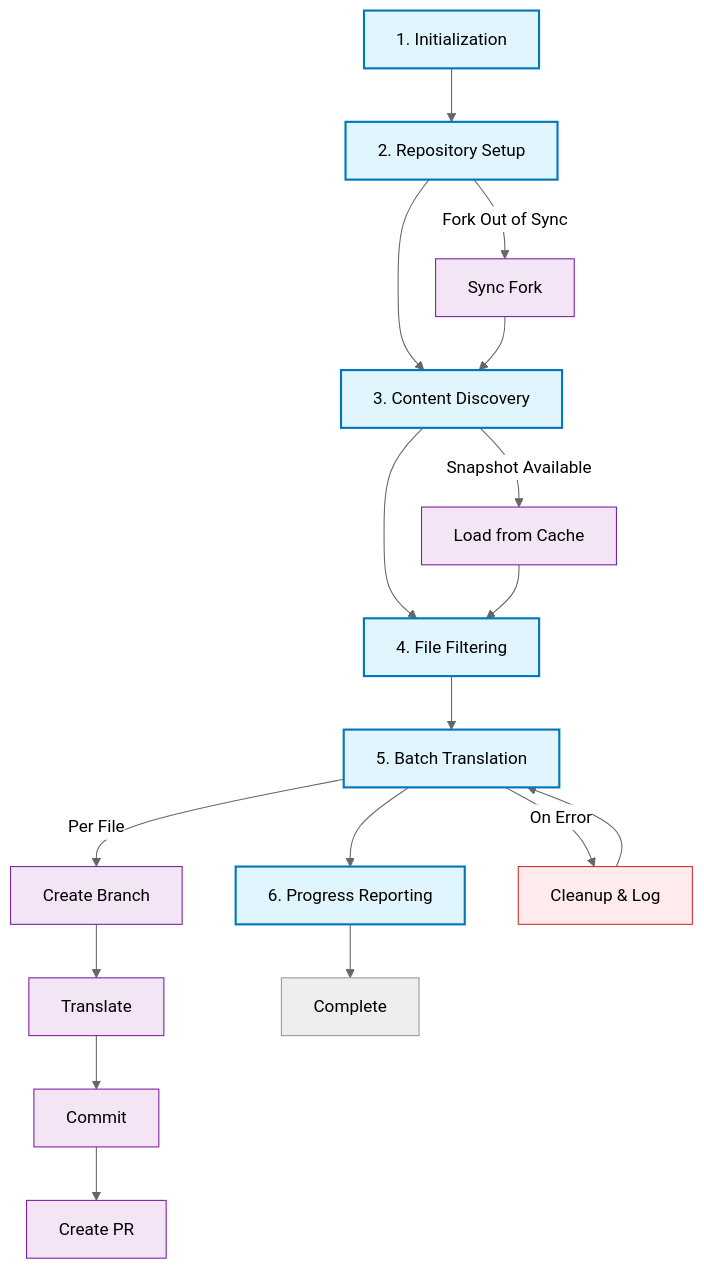
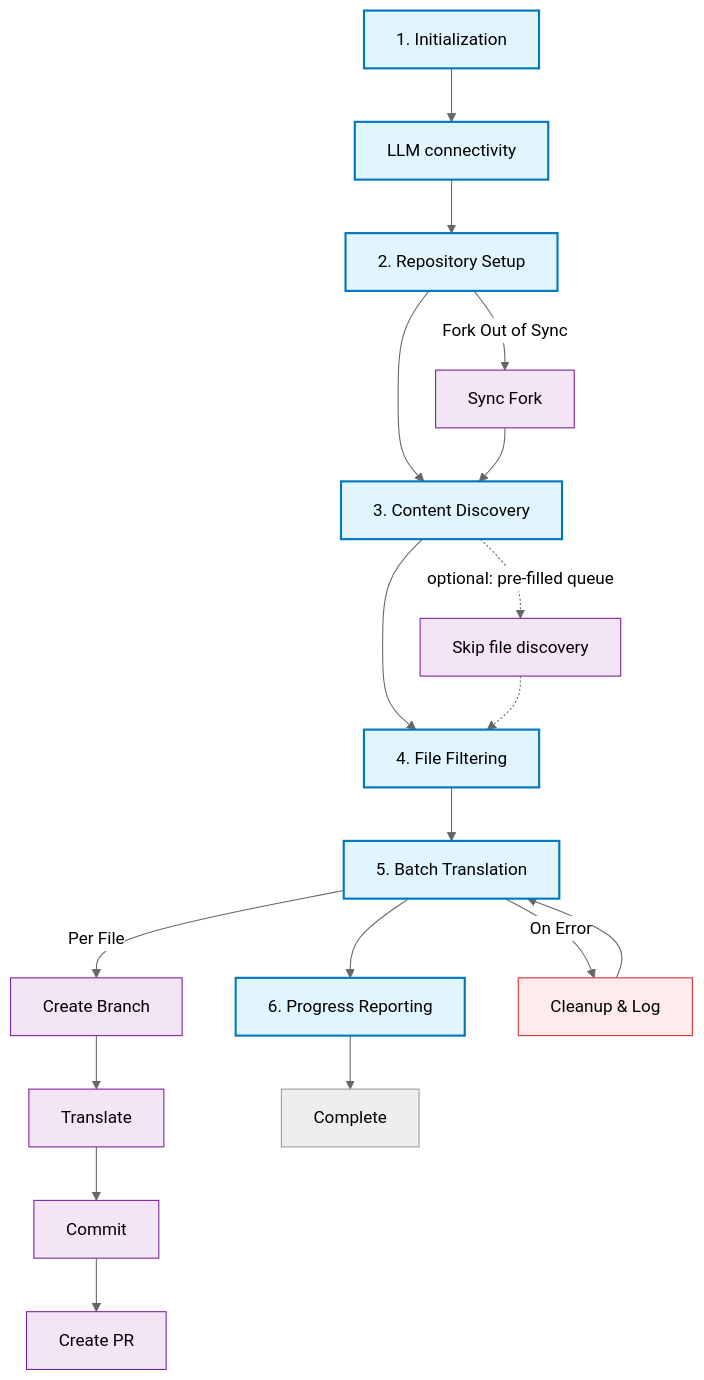
One commit to NivaldoFarias/translate-react changed the first of 9 diagrams in docs/WORKFLOW.md. Above: the diagram before and after it, drawn with Mermaid (neutral theme). The commit also changed other lines of this file and 3 other files, not shown here.

````diff
--- a/docs/WORKFLOW.md
+++ b/docs/WORKFLOW.md
@@ -18,32 +27,33 @@
 ```mermaid
 flowchart TD
-    A[1. Initialization] --> B[2. Repository Setup]
+    A[1. Initialization] --> A1[LLM connectivity]
+    A1 --> B[2. Repository Setup]
     B --> C[3. Content Discovery]
     C --> D[4. File Filtering]
     D --> E[5. Batch Translation]
     E --> F[6. Progress Reporting]
 
     B -->|Fork Out of Sync| B1[Sync Fork]
     B1 --> C
 
-    C -->|Snapshot Available| C1[Load from Cache]
-    C1 --> D
+    C -.->|optional: pre-filled queue| C1[Skip file discovery]
+    C1 -.-> D
 
     E -->|Per File| E1[Create Branch]
     E1 --> E2[Translate]
     E2 --> E3[Commit]
     E3 --> E4[Create PR]
 
     E -->|On Error| E5[Cleanup & Log]
     E5 --> E
 
     F --> G[Complete]
 
     classDef stage fill:#e1f5fe,stroke:#0277bd,stroke-width:2px
     classDef subprocess fill:#f3e5f5,stroke:#7b1fa2,stroke-width:1px
     classDef error fill:#ffebee,stroke:#d32f2f,stroke-width:1px
 
-    class A,B,C,D,E,F stage
+    class A,A1,B,C,D,E,F stage
     class B1,C1,E1,E2,E3,E4 subprocess
     class E5 error
 ```
````
